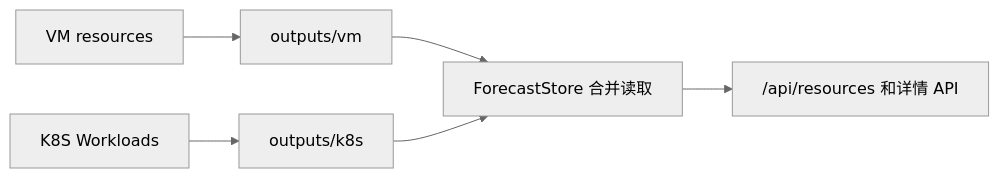
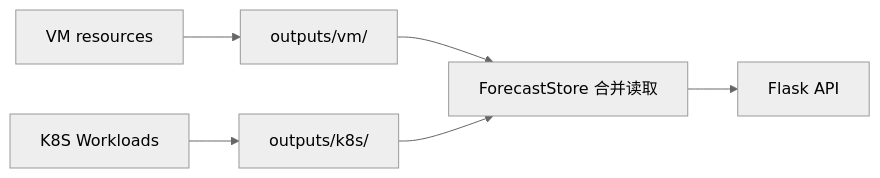
One commit to zorocui/resource_predict changed the second of 3 diagrams in README.md. Above: the diagram before and after it, drawn with Mermaid (neutral theme). The commit also changed other lines of this file and 10 other files, not shown here.

````diff
--- a/README.md
+++ b/README.md
@@ -226,8 +340,8 @@
 ```mermaid
 flowchart LR
-    VM["VM resources"] --> VMO["outputs/vm"]
-    K8S["K8S Workloads"] --> K8SO["outputs/k8s"]
+    VM["VM resources"] --> VMO["outputs/vm/"]
+    K8S["K8S Workloads"] --> K8SO["outputs/k8s/"]
     VMO --> Store["ForecastStore 合并读取"]
     K8SO --> Store
-    Store --> API["/api/resources 和详情 API"]
+    Store --> API["Flask API"]
 ```
````
